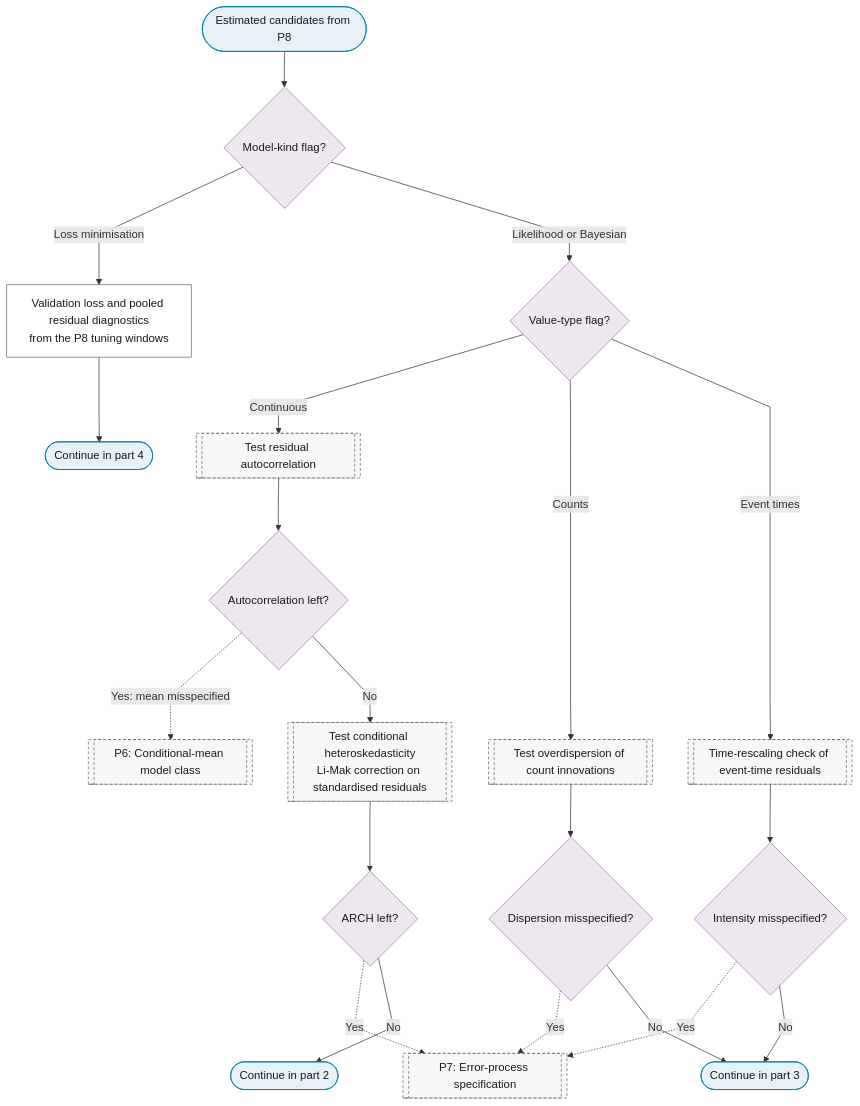
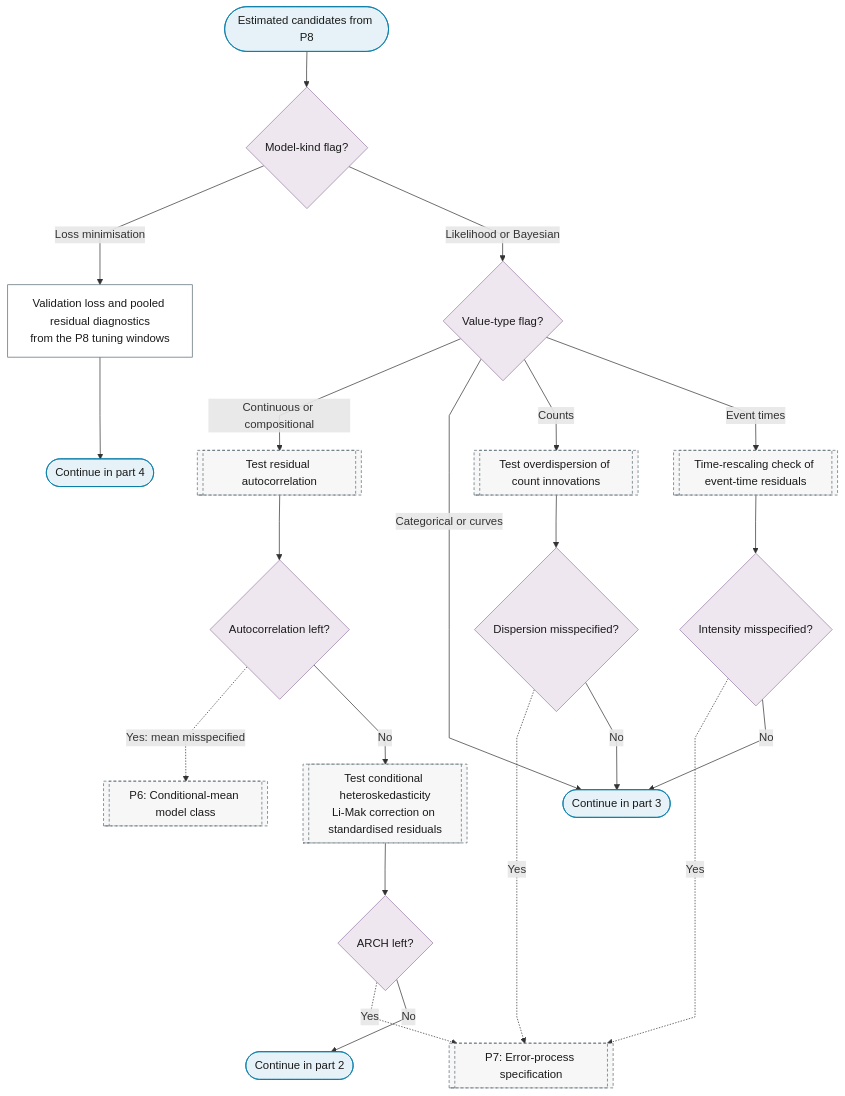
One commit to Shuxin-Y/time-series-analysis-manual changed the first of 4 diagrams in docs/01-workflow/p09-in-sample-diagnostics.md. Above: the diagram before and after it, drawn with Mermaid. The commit also changed 10 other files, not shown here.

````diff
--- a/docs/01-workflow/p09-in-sample-diagnostics.md
+++ b/docs/01-workflow/p09-in-sample-diagnostics.md
@@ -13,35 +13,36 @@
 ```mermaid
 %%{init: {"flowchart": {"curve": "linear"}}}%%
 graph TD
     P9_IN(["Estimated candidates from P8"]) --> P9_KIND{"Model-kind flag?"}
     P9_KIND -->|"Loss minimisation"| P9_LEARNER_DIAGNOSTICS["Validation loss and pooled residual diagnostics<br/>from the P8 tuning windows"]
     P9_KIND -->|"Likelihood or Bayesian"| P9_TYPE{"Value-type flag?"}
     P9_LEARNER_DIAGNOSTICS --> P9_LEARNER_TO_PART_4(["Continue in part 4"])
-    P9_TYPE -->|"Continuous"| P7_MEAN_TESTS[["Test residual autocorrelation"]]
+    P9_TYPE -->|"Continuous or compositional"| P7_MEAN_TESTS[["Test residual autocorrelation"]]
+    P9_TYPE -->|"Categorical or curves"| P9_COUNTS_TO_PART_3
     P9_TYPE -->|"Counts"| P7_COUNT_TESTS[["Test overdispersion of count innovations"]]
     P9_TYPE -->|"Event times"| P7_RESCALING[["Time-rescaling check of event-time residuals"]]
     P7_MEAN_TESTS --> P9_AC{"Autocorrelation left?"}
     P9_AC -.->|"Yes: mean misspecified"| P6[["P6: Conditional-mean model class"]]
     P9_AC -->|"No"| P7_VAR_TESTS[["Test conditional heteroskedasticity<br/>Li-Mak correction on standardised residuals"]]
     P7_VAR_TESTS --> P9_ARCH{"ARCH left?"}
     P9_ARCH -.->|"Yes"| P7[["P7: Error-process specification"]]
     P9_ARCH -->|"No"| P9_TO_PART_2(["Continue in part 2"])
     P7_COUNT_TESTS --> P9_COUNT{"Dispersion misspecified?"}
     P9_COUNT -.->|"Yes"| P7
     P9_COUNT -->|"No"| P9_COUNTS_TO_PART_3
     P7_RESCALING --> P9_INTENSITY{"Intensity misspecified?"}
     P9_INTENSITY -.->|"Yes"| P7
     P9_INTENSITY -->|"No"| P9_COUNTS_TO_PART_3(["Continue in part 3"])
     class P9_IN,P9_LEARNER_TO_PART_4,P9_TO_PART_2,P9_COUNTS_TO_PART_3 terminator
     class P9_KIND,P9_TYPE,P9_AC,P9_ARCH,P9_COUNT,P9_INTENSITY decision
     class P9_LEARNER_DIAGNOSTICS process
     class P7_MEAN_TESTS,P7_COUNT_TESTS,P7_RESCALING,P6,P7_VAR_TESTS,P7 ref
     classDef terminator fill:#E6F2F7,stroke:#007BA7,color:#1A1A1A;
     classDef process fill:#FFFFFF,stroke:#5A6B73,color:#1A1A1A;
     classDef decision fill:#EFE7F0,stroke:#9B7FA7,color:#1A1A1A;
     classDef data fill:#FFF4E0,stroke:#C9A55E,color:#1A1A1A;
     classDef good fill:#DCEFD8,stroke:#4A7A3F,color:#1A1A1A;
     classDef escalate fill:#FFE9C2,stroke:#C9A55E,color:#1A1A1A;
     classDef problem fill:#F2D9DE,stroke:#800020,color:#1A1A1A;
     classDef ref fill:#F7F7F7,stroke:#5A6B73,color:#1A1A1A,stroke-dasharray:4 3;
 ```
````
